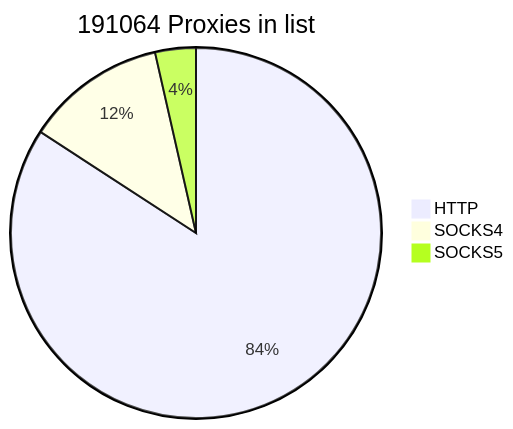
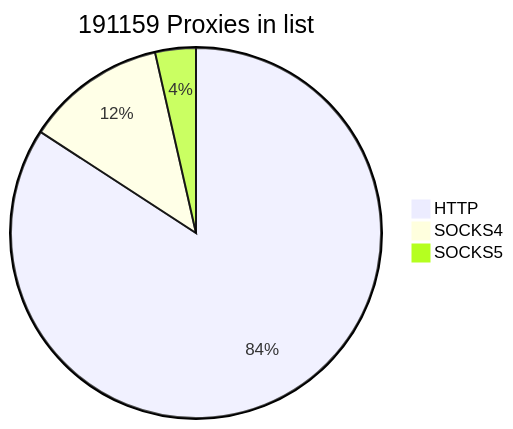
The first of 2 diagrams in README.md (cutipu/proxylist), drawn with Mermaid before and after one commit. The commit also changed other lines of this file, not shown here.

````diff
--- a/README.md
+++ b/README.md
@@ -2,7 +2,7 @@
 ```mermaid
-pie title 191064 Proxies in list
-    "HTTP" : 160818
-    "SOCKS4" : 23455
-    "SOCKS5" : 6791
+pie title 191159 Proxies in list
+    "HTTP" : 160915
+    "SOCKS4" : 23454
+    "SOCKS5" : 6790
             
 ```
````
